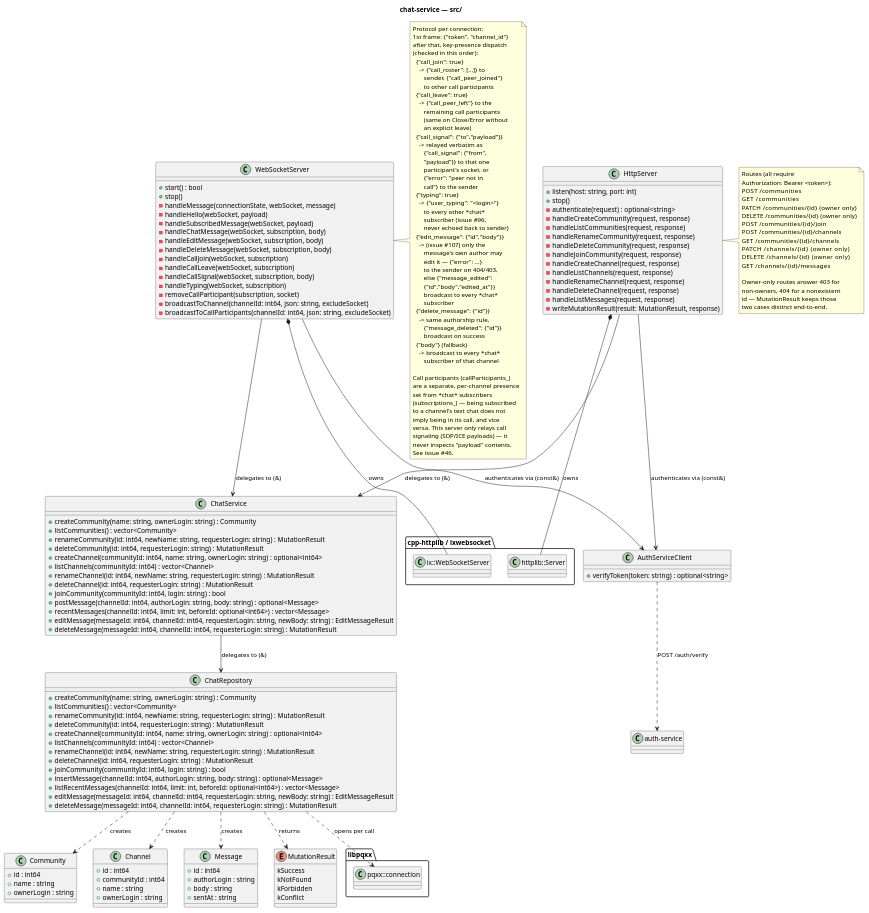
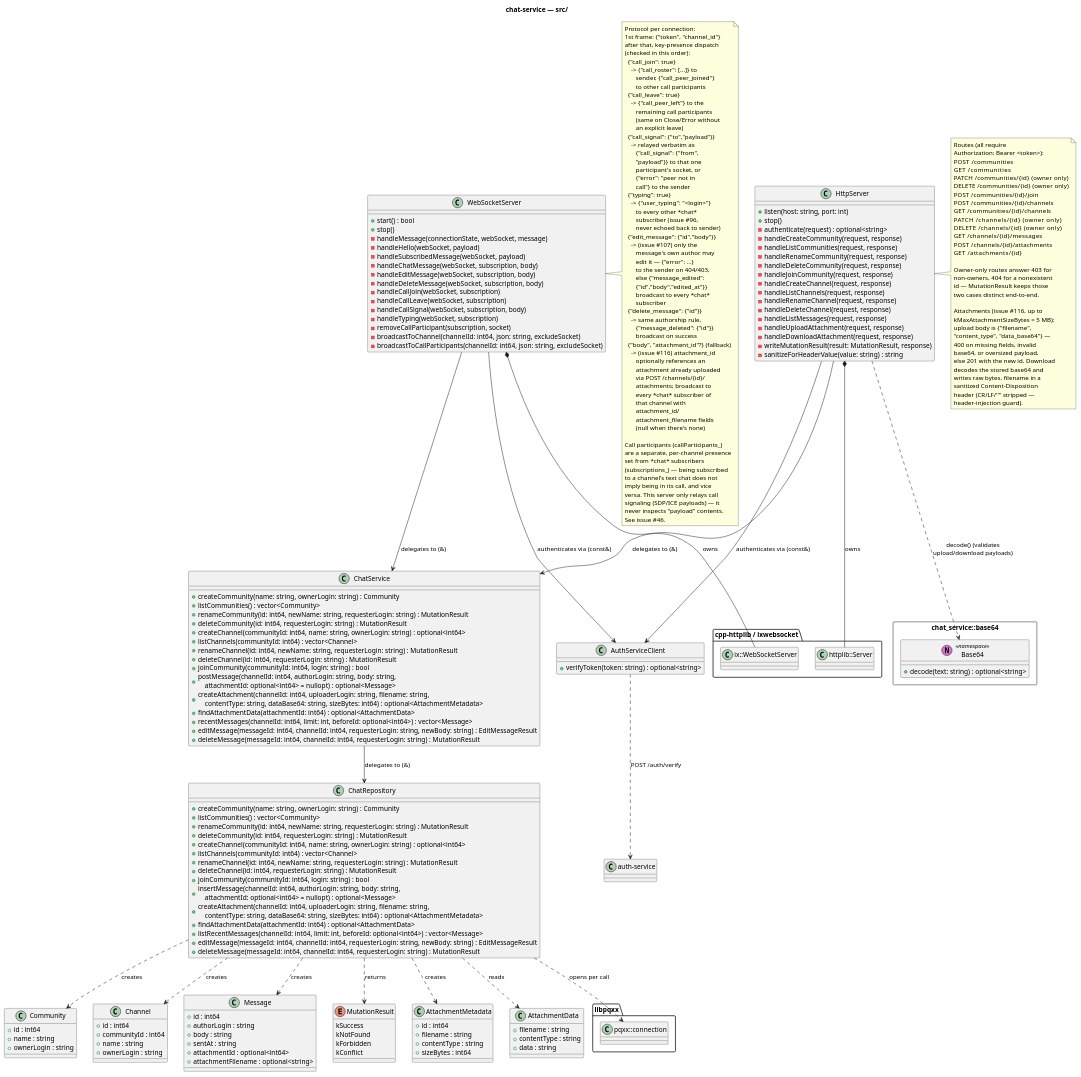
One commit to NekrasovIS/Exp changed the diagram in services/chat-service/docs/diagrams/chat-service.puml. Above: the diagram before and after it, drawn with PlantUML. The commit also changed 36 other files, not shown here.

First line of the commit message:
[116] Add file attachments to chat messages

```diff
--- a/services/chat-service/docs/diagrams/chat-service.puml
+++ b/services/chat-service/docs/diagrams/chat-service.puml
@@ -26,12 +26,31 @@
   +authorLogin : string
   +body : string
   +sentAt : string
+  +attachmentId : optional<int64>
+  +attachmentFilename : optional<string>
 }
 enum MutationResult {
   kSuccess
   kNotFound
   kForbidden
   kConflict
+}
+class AttachmentMetadata {
+  +id : int64
+  +filename : string
+  +contentType : string
+  +sizeBytes : int64
+}
+class AttachmentData {
+  +filename : string
+  +contentType : string
+  +data : string
+}
+
+package "chat_service::base64" <<Rectangle>> {
+  class Base64 << (N,orchid) namespace >> {
+    +decode(text: string) : optional<string>
+  }
 }
 
 class ChatRepository {
@@ -44,7 +63,9 @@
   +renameChannel(id: int64, newName: string, requesterLogin: string) : MutationResult
   +deleteChannel(id: int64, requesterLogin: string) : MutationResult
   +joinCommunity(communityId: int64, login: string) : bool
-  +insertMessage(channelId: int64, authorLogin: string, body: string) : optional<Message>
+  +insertMessage(channelId: int64, authorLogin: string, body: string,\n    attachmentId: optional<int64> = nullopt) : optional<Message>
+  +createAttachment(channelId: int64, uploaderLogin: string, filename: string,\n    contentType: string, dataBase64: string, sizeBytes: int64) : optional<AttachmentMetadata>
+  +findAttachmentData(attachmentId: int64) : optional<AttachmentData>
   +listRecentMessages(channelId: int64, limit: int, beforeId: optional<int64>) : vector<Message>
   +editMessage(messageId: int64, channelId: int64, requesterLogin: string, newBody: string) : EditMessageResult
   +deleteMessage(messageId: int64, channelId: int64, requesterLogin: string) : MutationResult
@@ -52,6 +73,8 @@
 ChatRepository ..> Community : creates
 ChatRepository ..> Channel : creates
 ChatRepository ..> Message : creates
+ChatRepository ..> AttachmentMetadata : creates
+ChatRepository ..> AttachmentData : reads
 ChatRepository ..> MutationResult : returns
 ChatRepository ..> PqxxConnection : opens per call
 
@@ -65,7 +88,9 @@
   +renameChannel(id: int64, newName: string, requesterLogin: string) : MutationResult
   +deleteChannel(id: int64, requesterLogin: string) : MutationResult
   +joinCommunity(communityId: int64, login: string) : bool
-  +postMessage(channelId: int64, authorLogin: string, body: string) : optional<Message>
+  +postMessage(channelId: int64, authorLogin: string, body: string,\n    attachmentId: optional<int64> = nullopt) : optional<Message>
+  +createAttachment(channelId: int64, uploaderLogin: string, filename: string,\n    contentType: string, dataBase64: string, sizeBytes: int64) : optional<AttachmentMetadata>
+  +findAttachmentData(attachmentId: int64) : optional<AttachmentData>
   +recentMessages(channelId: int64, limit: int, beforeId: optional<int64>) : vector<Message>
   +editMessage(messageId: int64, channelId: int64, requesterLogin: string, newBody: string) : EditMessageResult
   +deleteMessage(messageId: int64, channelId: int64, requesterLogin: string) : MutationResult
@@ -91,10 +116,14 @@
   -handleRenameChannel(request, response)
   -handleDeleteChannel(request, response)
   -handleListMessages(request, response)
+  -handleUploadAttachment(request, response)
+  -handleDownloadAttachment(request, response)
   -writeMutationResult(result: MutationResult, response)
+  -sanitizeForHeaderValue(value: string) : string
 }
 HttpServer --> ChatService : delegates to (&)
 HttpServer --> AuthServiceClient : authenticates via (const&)
+HttpServer ..> Base64 : decode() (validates\nupload/download payloads)
 HttpServer *-- HttplibServer : owns
 
 class WebSocketServer {
@@ -131,11 +160,26 @@
   PATCH  /channels/{id}      (owner only)
   DELETE /channels/{id}      (owner only)
   GET    /channels/{id}/messages
+  POST   /channels/{id}/attachments
+  GET    /attachments/{id}
 
   Owner-only routes answer 403 for
   non-owners, 404 for a nonexistent
   id — MutationResult keeps those
   two cases distinct end-to-end.
+
+  Attachments (issue #116, up to
+  kMaxAttachmentSizeBytes = 5 MB):
+  upload body is {"filename",
+  "content_type", "data_base64"} —
+  400 on missing fields, invalid
+  base64, or oversized payload,
+  else 201 with the new id. Download
+  decodes the stored base64 and
+  writes raw bytes, filename in a
+  sanitized Content-Disposition
+  header (CR/LF/'"' stripped —
+  header-injection guard).
 end note
 
 note right of WebSocketServer
@@ -177,9 +221,17 @@
       -> same authorship rule,
          {"message_deleted": {"id"}}
          broadcast on success
-    {"body"} (fallback)
-      -> broadcast to every *chat*
-         subscriber of that channel
+    {"body", "attachment_id"?} (fallback)
+      -> (issue #116) attachment_id
+         optionally references an
+         attachment already uploaded
+         via POST /channels/{id}/
+         attachments; broadcast to
+         every *chat* subscriber of
+         that channel with
+         attachment_id/
+         attachment_filename fields
+         (null when there's none)
 
   Call participants (callParticipants_)
   are a separate, per-channel presence
```
